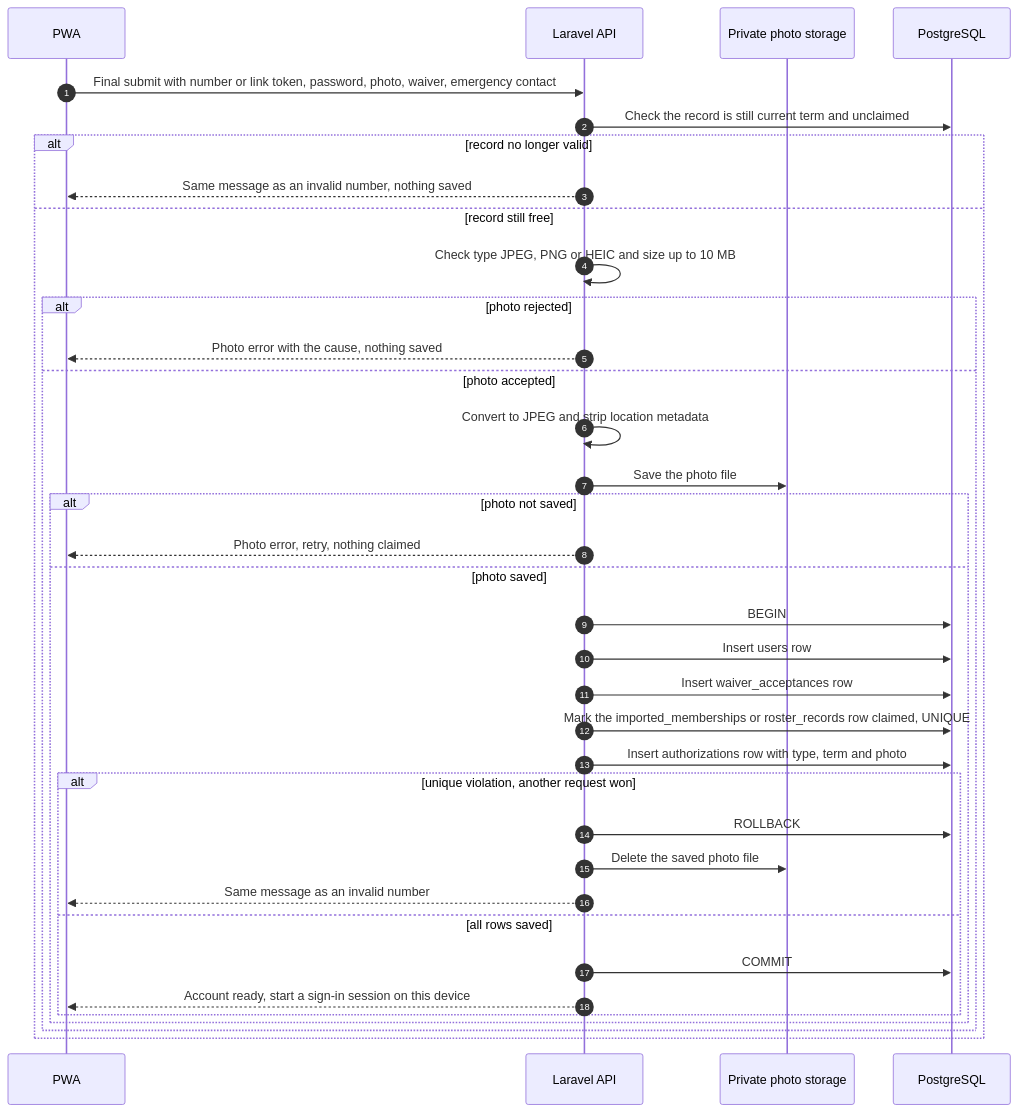
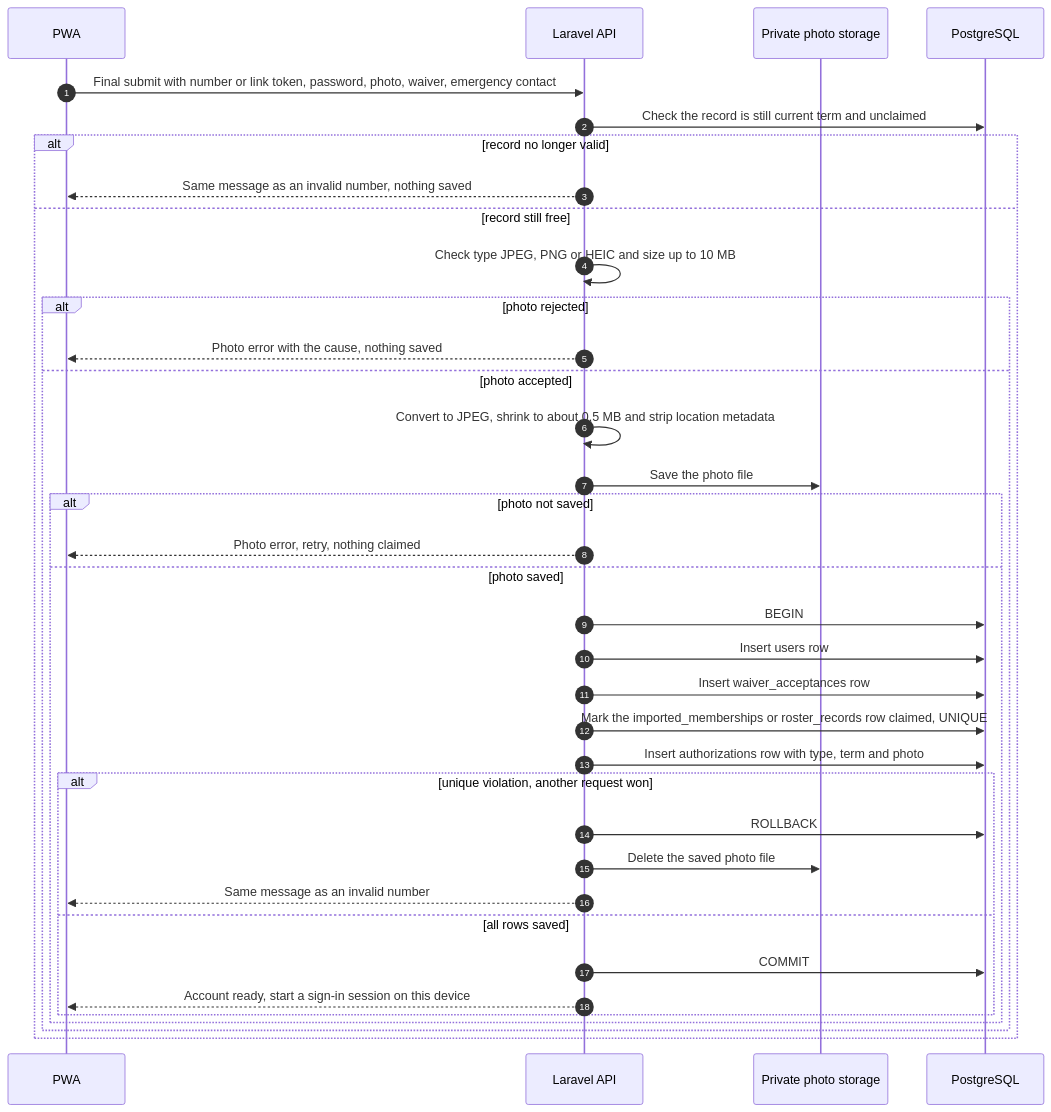
Before and after one commit to Th3-Minorities/natatorio-gym-app: the third of 8 diagrams in docs/design/registration-flows.md, drawn with Mermaid. The commit also changed 3 other files, not shown here.

Commit message:
Redo the storage estimate with margin and shrink uploaded photos to about 0.5 MB

````diff
--- a/docs/design/registration-flows.md
+++ b/docs/design/registration-flows.md
@@ -92,38 +92,38 @@
 ```mermaid
 sequenceDiagram
   autonumber
   participant P as PWA
   participant A as Laravel API
   participant F as Private photo storage
   participant D as PostgreSQL
   P->>A: Final submit with number or link token, password, photo, waiver, emergency contact
   A->>D: Check the record is still current term and unclaimed
   alt record no longer valid
     A-->>P: Same message as an invalid number, nothing saved
   else record still free
     A->>A: Check type JPEG, PNG or HEIC and size up to 10 MB
     alt photo rejected
       A-->>P: Photo error with the cause, nothing saved
     else photo accepted
-      A->>A: Convert to JPEG and strip location metadata
+      A->>A: Convert to JPEG, shrink to about 0.5 MB and strip location metadata
       A->>F: Save the photo file
       alt photo not saved
         A-->>P: Photo error, retry, nothing claimed
       else photo saved
         A->>D: BEGIN
         A->>D: Insert users row
         A->>D: Insert waiver_acceptances row
         A->>D: Mark the imported_memberships or roster_records row claimed, UNIQUE
         A->>D: Insert authorizations row with type, term and photo
         alt unique violation, another request won
           A->>D: ROLLBACK
           A->>F: Delete the saved photo file
           A-->>P: Same message as an invalid number
         else all rows saved
           A->>D: COMMIT
           A-->>P: Account ready, start a sign-in session on this device
         end
       end
     end
   end
 ```
````
